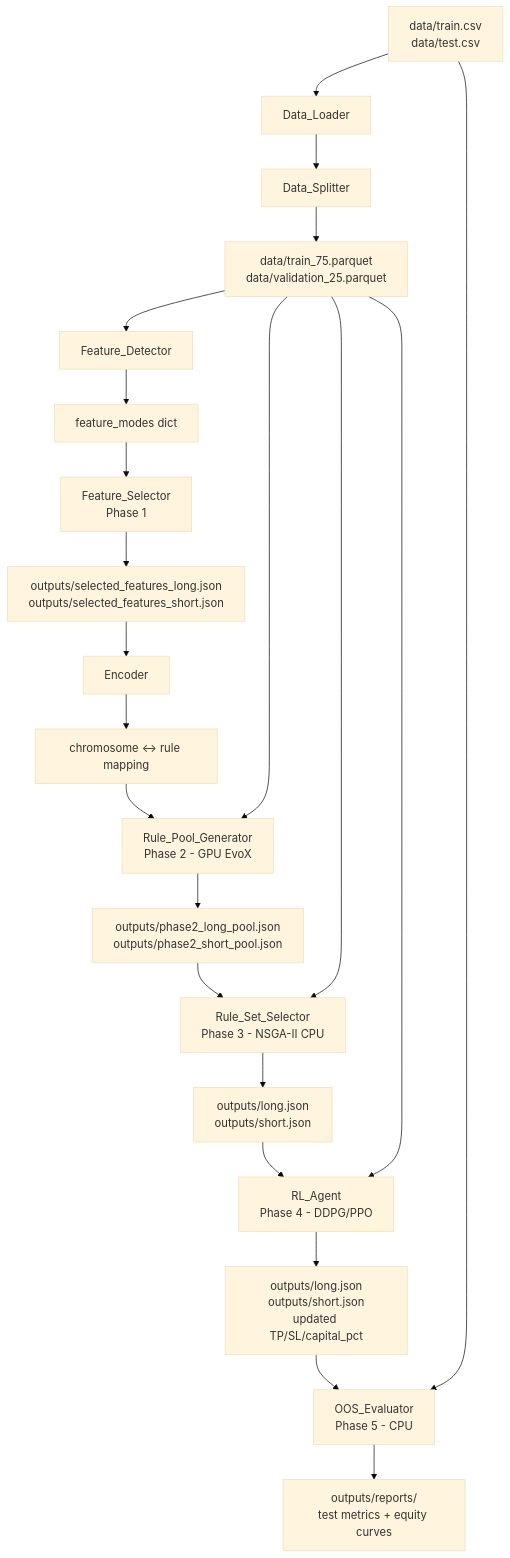
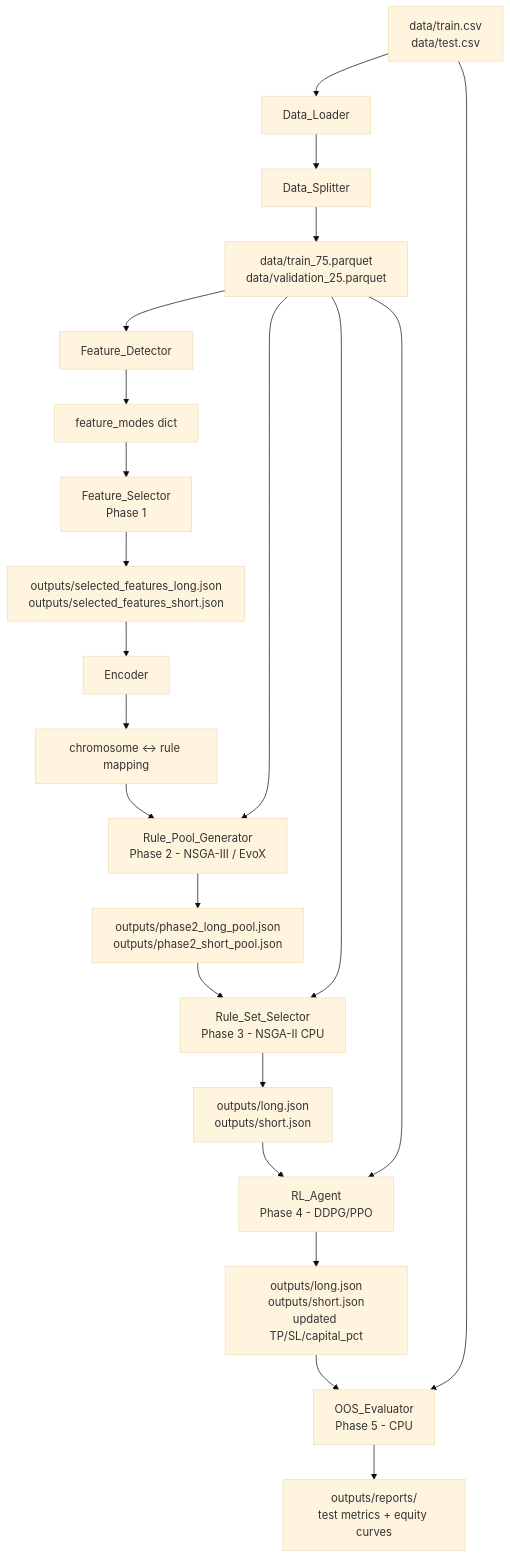
One commit to m-danaee/trading_platform changed the diagram in .kiro/specs/gpu-fuzzy-trading-pipeline/design.md. Above: the diagram before and after it, drawn with Mermaid (base theme). The commit also changed other lines of this file and 46 other files, not shown here.

````diff
--- a/.kiro/specs/gpu-fuzzy-trading-pipeline/design.md
+++ b/.kiro/specs/gpu-fuzzy-trading-pipeline/design.md
@@ -63,24 +65,24 @@
 ```mermaid
 flowchart TD
     A[data/train.csv\ndata/test.csv] --> B[Data_Loader]
     B --> C[Data_Splitter]
     C --> D[data/train_75.parquet\ndata/validation_25.parquet]
     D --> E[Feature_Detector]
     E --> F[feature_modes dict]
     F --> G[Feature_Selector\nPhase 1]
     G --> H[outputs/selected_features_long.json\noutputs/selected_features_short.json]
     H --> I[Encoder]
     I --> J[chromosome ↔ rule mapping]
-    J --> K[Rule_Pool_Generator\nPhase 2 - GPU EvoX]
+    J --> K[Rule_Pool_Generator\nPhase 2 - NSGA-III / EvoX]
     D --> K
     K --> L[outputs/phase2_long_pool.json\noutputs/phase2_short_pool.json]
     L --> M[Rule_Set_Selector\nPhase 3 - NSGA-II CPU]
     D --> M
     M --> N[outputs/long.json\noutputs/short.json]
     N --> O[RL_Agent\nPhase 4 - DDPG/PPO]
     D --> O
     O --> P[outputs/long.json\noutputs/short.json\nupdated TP/SL/capital_pct]
     P --> Q[OOS_Evaluator\nPhase 5 - CPU]
     A --> Q
     Q --> R[outputs/reports/\ntest metrics + equity curves]
 ```
````
